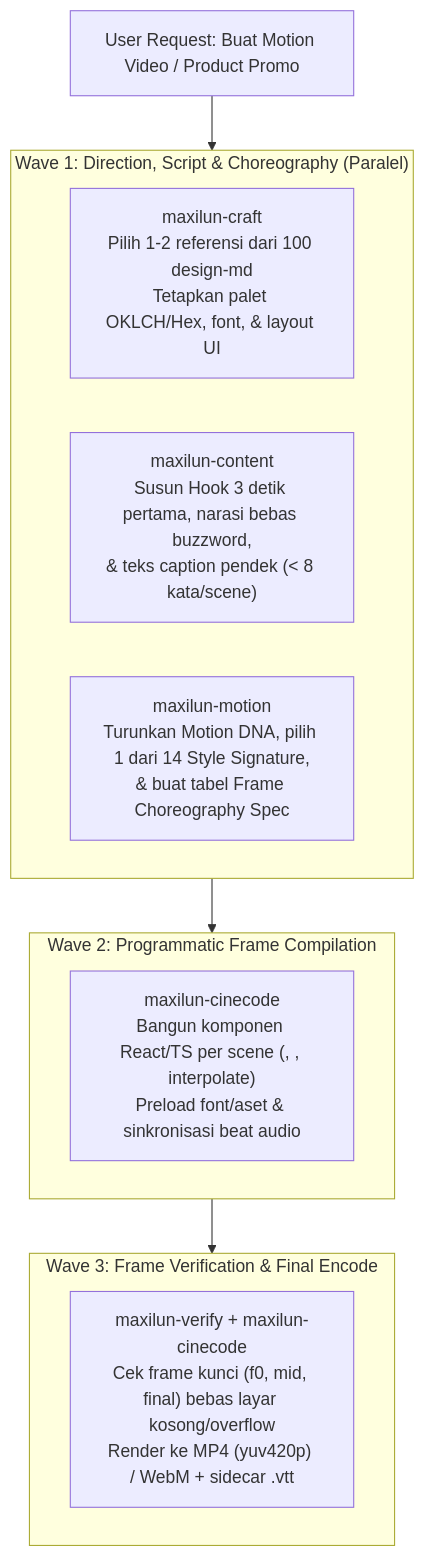
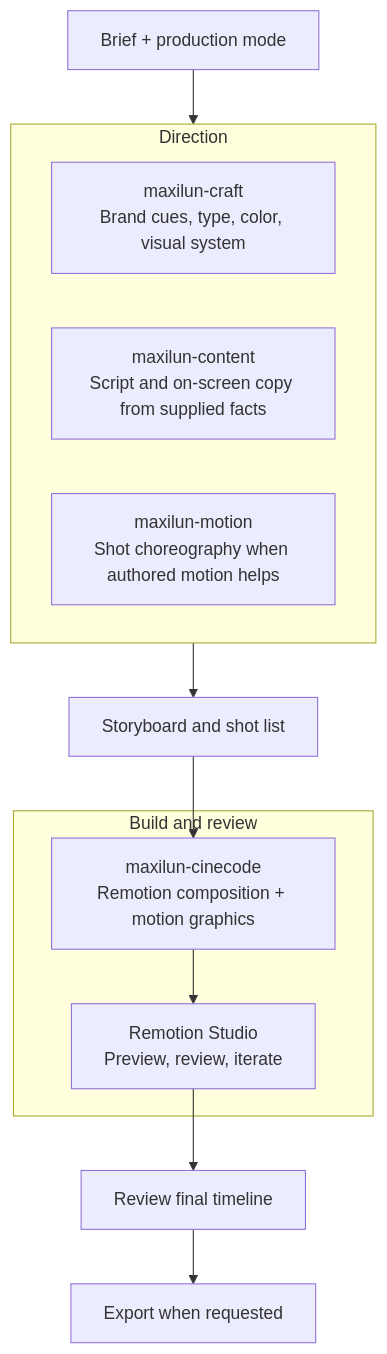
One commit to giriedu/maxilun changed the diagram in skills/maxilun-cinecode/references/video-production-pipeline.md. Above: the diagram before and after it, drawn with Mermaid. The commit also changed other lines of this file and 38 other files, not shown here.

First line of the commit message:
feat(skills): enhance interface engineering, 3D WebGL scenes, Remotion workflows, and anti-slop rules

````diff
--- a/skills/maxilun-cinecode/references/video-production-pipeline.md
+++ b/skills/maxilun-cinecode/references/video-production-pipeline.md
@@ -11,22 +28,19 @@
 ```mermaid
 flowchart TB
-    Brief["User Request: Buat Motion Video / Product Promo"] --> Wave1
+    Brief["Brief + production mode"] --> Direction
     
-    subgraph Wave1["Wave 1: Direction, Script & Choreography (Paralel)"]
-        Craft["maxilun-craft\nPilih 1-2 referensi dari 100 design-md\nTetapkan palet OKLCH/Hex, font, & layout UI"]
-        Content["maxilun-content\nSusun Hook 3 detik pertama, narasi bebas buzzword,\n& teks caption pendek (< 8 kata/scene)"]
-        Motion["maxilun-motion\nTurunkan Motion DNA, pilih 1 dari 14 Style Signature,\n& buat tabel Frame Choreography Spec"]
+    subgraph Direction["Direction"]
+        Craft["maxilun-craft\nBrand cues, type, color, visual system"]
+        Content["maxilun-content\nScript and on-screen copy from supplied facts"]
+        Motion["maxilun-motion\nShot choreography when authored motion helps"]
     end
 
-    Wave1 --> Wave2
+    Direction --> Storyboard["Storyboard and shot list"]
     
-    subgraph Wave2["Wave 2: Programmatic Frame Compilation"]
-        Cine["maxilun-cinecode\nBangun komponen React/TS per scene (<Sequence>, <Spring>, interpolate)\nPreload font/aset & sinkronisasi beat audio"]
+    subgraph Build["Build and review"]
+        Cine["maxilun-cinecode\nRemotion composition + motion graphics"]
+        Studio["Remotion Studio\nPreview, review, iterate"]
     end
 
-    Wave2 --> Wave3
-
-    subgraph Wave3["Wave 3: Frame Verification & Final Encode"]
-        Verify["maxilun-verify + maxilun-cinecode\nCek frame kunci (f0, mid, final) bebas layar kosong/overflow\nRender ke MP4 (yuv420p) / WebM + sidecar .vtt"]
-    end
+    Storyboard --> Cine --> Studio --> Review["Review final timeline"] --> Export["Export when requested"]
 ```
````
